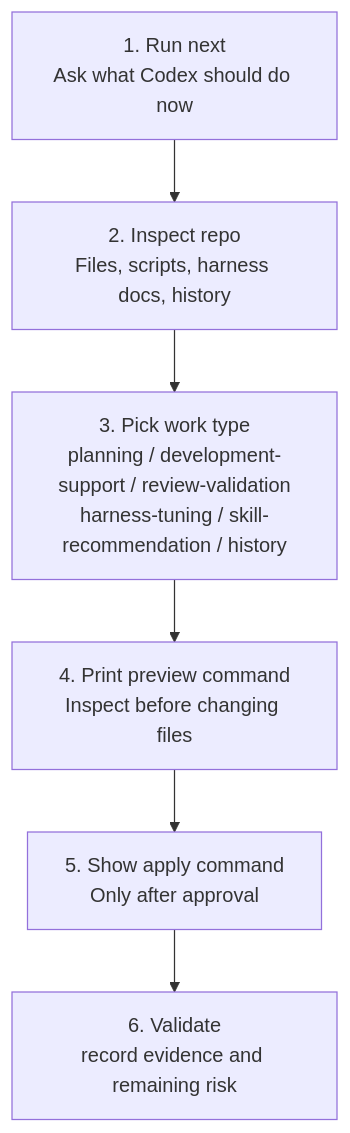
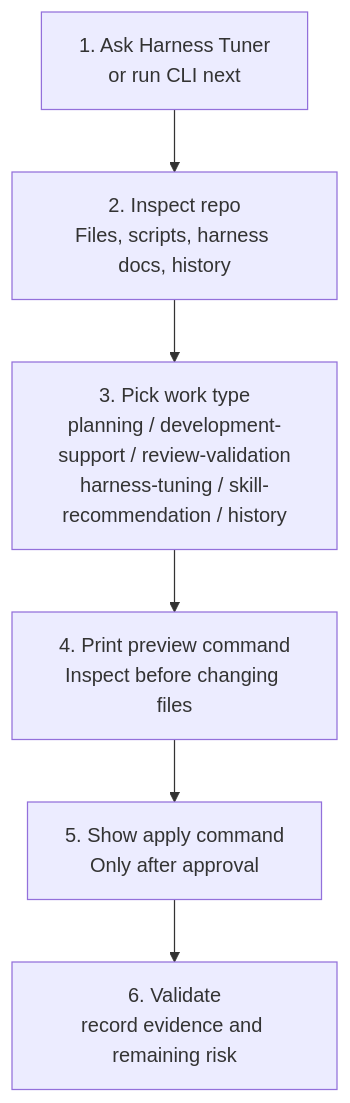
Before and after one commit to youngtae7280/repo-harness-tuner: the diagram in README_EN.md, drawn with Mermaid. The commit also changed other lines of this file and 7 other files, not shown here.

Commit message:
Make Harness Tuner chat entry safe

````diff
--- a/README_EN.md
+++ b/README_EN.md
@@ -54,8 +56,8 @@
 ```mermaid
 flowchart TD
-    A["1. Run next<br/>Ask what Codex should do now"] --> B["2. Inspect repo<br/>Files, scripts, harness docs, history"]
+    A["1. Ask Harness Tuner<br/>or run CLI next"] --> B["2. Inspect repo<br/>Files, scripts, harness docs, history"]
     B --> C["3. Pick work type<br/>planning / development-support / review-validation<br/>harness-tuning / skill-recommendation / history"]
     C --> D["4. Print preview command<br/>Inspect before changing files"]
     D --> E["5. Show apply command<br/>Only after approval"]
     E --> F["6. Validate<br/>record evidence and remaining risk"]
 ```
````
